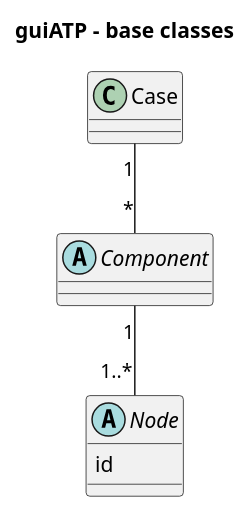
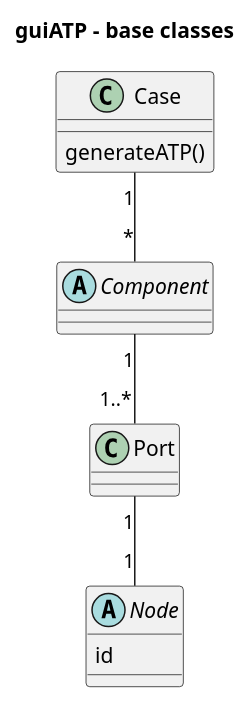
One commit to carloskleber/guiATP changed the diagram in docs/guiatp.puml. Above: the diagram before and after it, drawn with PlantUML. The commit also changed 17 other files, not shown here.

```diff
--- a/docs/guiatp.puml
+++ b/docs/guiatp.puml
@@ -1,18 +1,23 @@
 @startuml
 
 title guiATP - base classes
 
 skinparam componentStyle uml2
 
-class Case
+class Case {
+  generateATP()
+}
 
 abstract class Node {
   id
 }
 
 abstract class Component
 
+class Port
+
 Case "1" -- "*" Component
-Component "1" -- "1..*" Node
+Component "1" -- "1..*" Port
+Port "1" -- "1" Node
 
 @enduml
```
